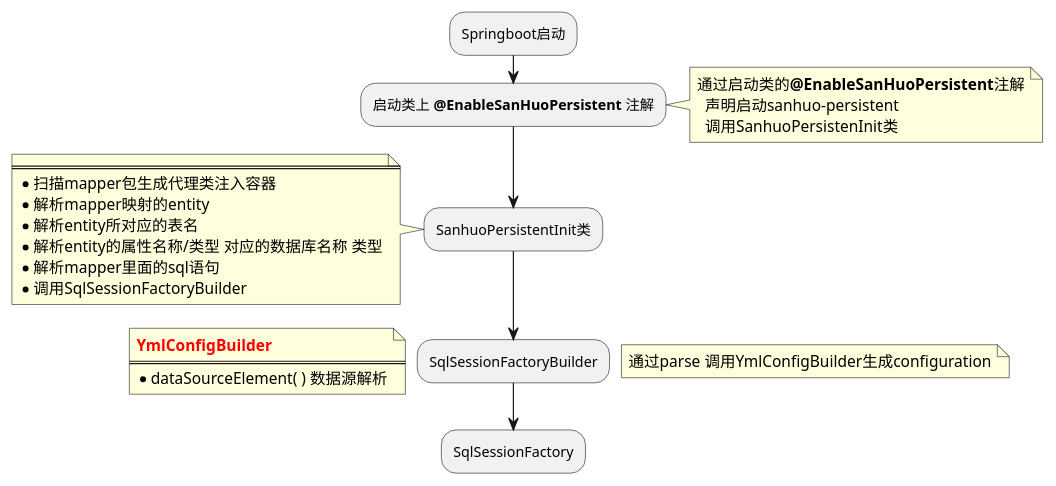
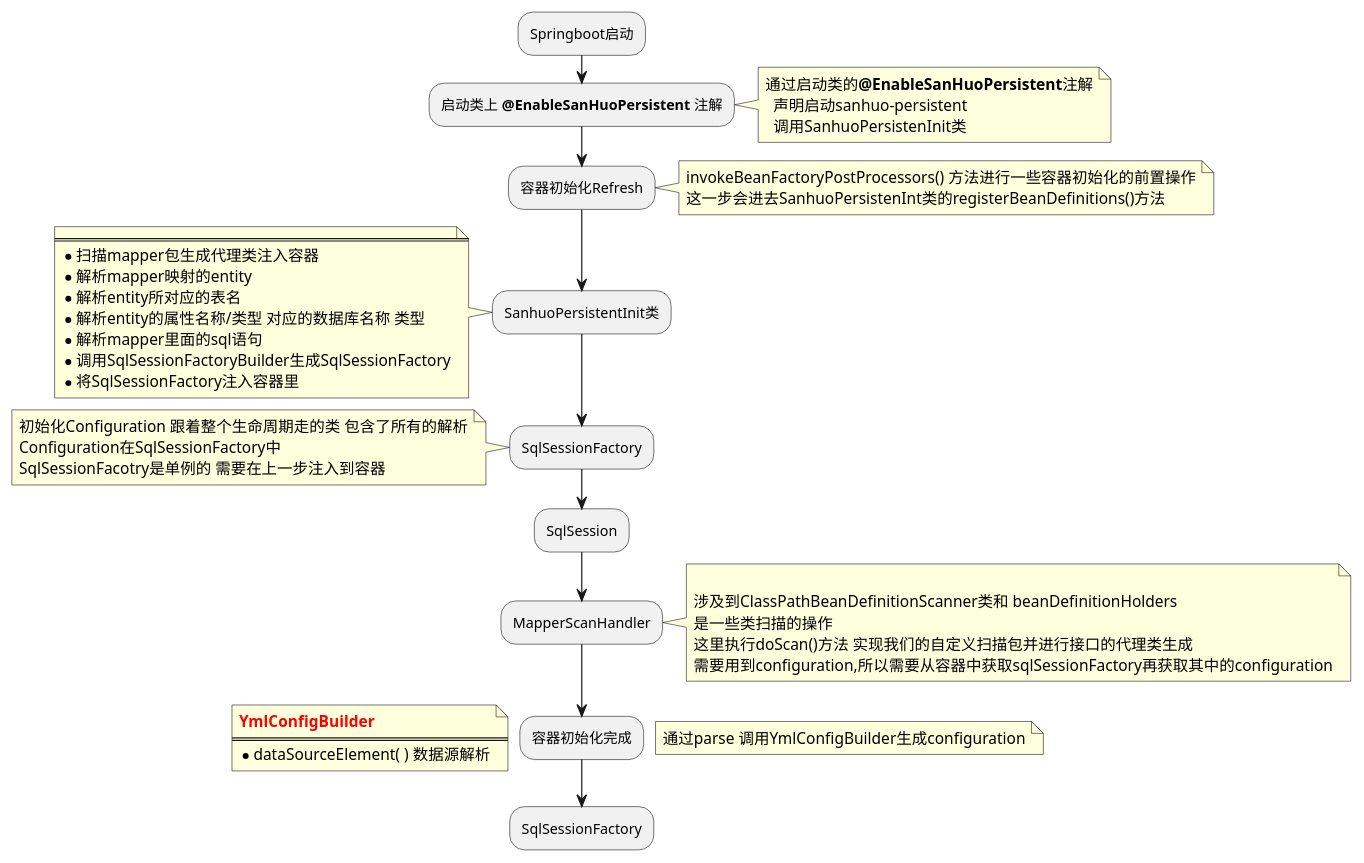
The diagram in sanhuo-persistent/启动流程图.puml (zhangzishen9/sanhuo_scaffold), drawn with PlantUML before and after one commit.

Commit message:
feat: 修改启动流程图

```diff
--- a/sanhuo-persistent/启动流程图.puml
+++ b/sanhuo-persistent/启动流程图.puml
@@ -1,39 +1,73 @@
 @startuml
 :Springboot启动;
 
 :启动类上 <b>@EnableSanHuoPersistent</b> 注解;
 
 
 note right
 通过启动类的<b>@EnableSanHuoPersistent</b>注解
   声明启动sanhuo-persistent
   调用SanhuoPersistenInit类
 end note
 
+:容器初始化Refresh;
+
+note right
+invokeBeanFactoryPostProcessors() 方法进行一些容器初始化的前置操作
+这一步会进去SanhuoPersistenInt类的registerBeanDefinitions()方法
+end note
+
 :SanhuoPersistentInit类;
 
 note left
 ====
 * 扫描mapper包生成代理类注入容器
 * 解析mapper映射的entity
 * 解析entity所对应的表名
 * 解析entity的属性名称/类型 对应的数据库名称 类型
 * 解析mapper里面的sql语句
-* 调用SqlSessionFactoryBuilder
+* 调用SqlSessionFactoryBuilder生成SqlSessionFactory
+* 将SqlSessionFactory注入容器里
 end note
 
-:SqlSessionFactoryBuilder;
+:SqlSessionFactory;
+
+note left
+初始化Configuration 跟着整个生命周期走的类 包含了所有的解析
+Configuration在SqlSessionFactory中
+SqlSessionFacotry是单例的 需要在上一步注入到容器
+end note
+
+:SqlSession;
+
+
+
+:MapperScanHandler;
+
+note right
+
+涉及到ClassPathBeanDefinitionScanner类和 beanDefinitionHolders
+是一些类扫描的操作
+这里执行doScan()方法 实现我们的自定义扫描包并进行接口的代理类生成
+需要用到configuration,所以需要从容器中获取sqlSessionFactory再获取其中的configuration
+end note
+
+:容器初始化完成;
+
+
+
 note right
 通过parse 调用YmlConfigBuilder生成configuration
 end note
+
 
 
 note left
 <b><font color=red>YmlConfigBuilder
 ====
 * dataSourceElement( ) 数据源解析
 end note
 
 :SqlSessionFactory;
 
 @enduml
```
